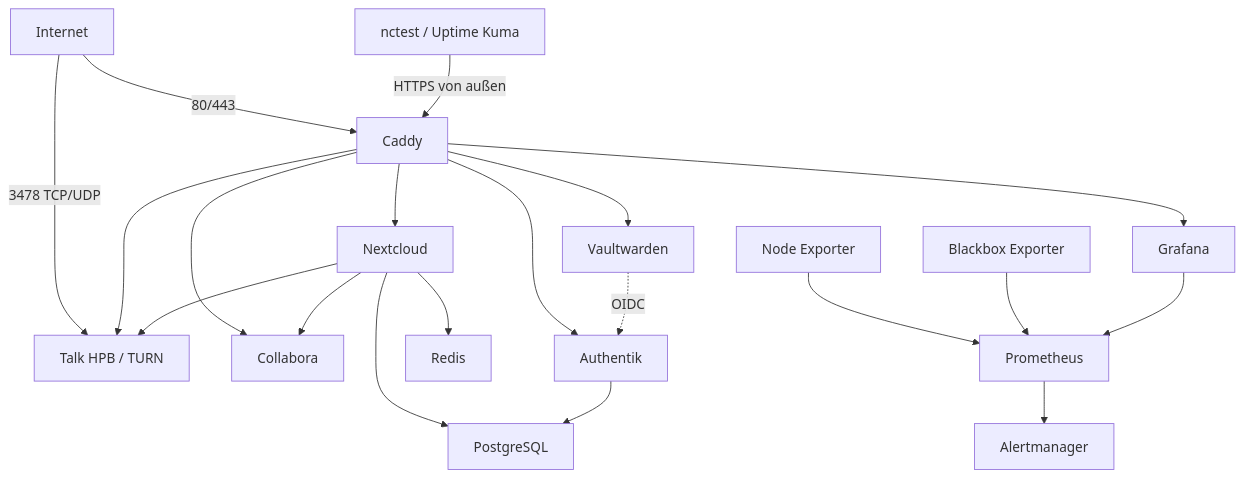
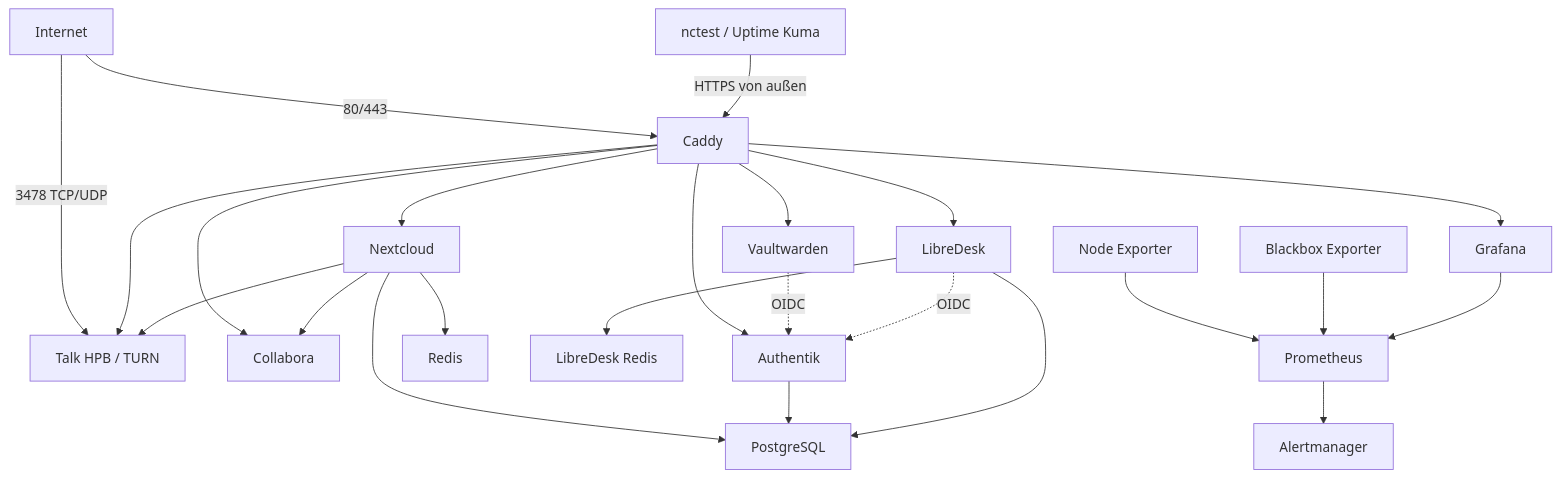
The diagram in docs/03-architecture.md (zircula-ev/infrastructure), drawn with Mermaid before and after one commit. The commit also changed other lines of this file, not shown here.

Commit message:
docs(libredesk): extend architecture

````diff
--- a/docs/03-architecture.md
+++ b/docs/03-architecture.md
@@ -5,25 +5,29 @@
 ```mermaid
 flowchart TD
     Internet -->|80/443| Caddy
     Internet -->|3478 TCP/UDP| TalkHPB[Talk HPB / TURN]
     nctest[nctest / Uptime Kuma] -->|HTTPS von außen| Caddy
 
     Caddy --> Nextcloud
     Caddy --> Collabora
     Caddy --> Authentik
     Caddy --> Grafana
     Caddy --> Vaultwarden
+    Caddy --> LibreDesk
     Caddy --> TalkHPB
 
     Nextcloud --> PostgreSQL
     Nextcloud --> Redis
     Nextcloud --> Collabora
     Nextcloud --> TalkHPB
     Authentik --> PostgreSQL
+    LibreDesk --> PostgreSQL
+    LibreDesk --> LibreDeskRedis[LibreDesk Redis]
     Vaultwarden -.->|OIDC| Authentik
+    LibreDesk -.->|OIDC| Authentik
 
     NodeExporter[Node Exporter] --> Prometheus
     BlackboxExporter[Blackbox Exporter] --> Prometheus
     Prometheus --> Alertmanager
     Grafana --> Prometheus
 ```
````
